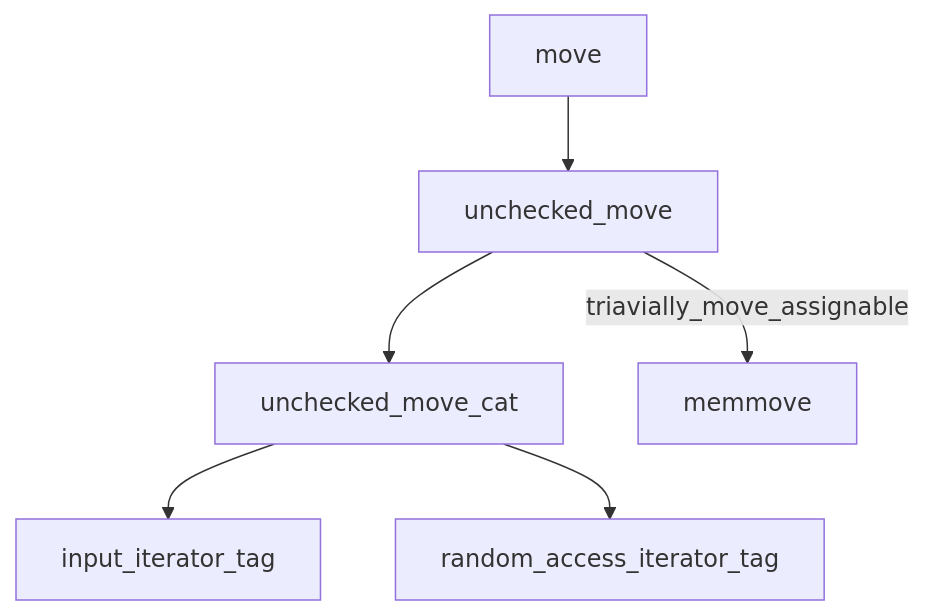
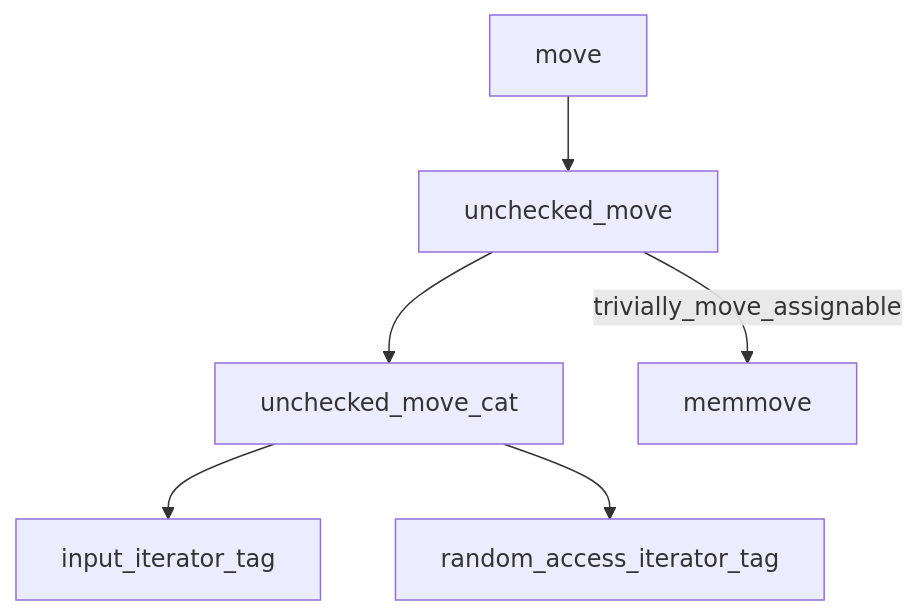
Before and after one commit to LiuYuan-SHU/tiny_stl: the seventh of 11 diagrams in README.md, drawn with Mermaid. The commit also changed other lines of this file and 1 other file, not shown here.

````diff
--- a/README.md
+++ b/README.md
@@ -169,5 +171,5 @@
 ```mermaid
 flowchart TD;
 move --> unchecked_move  --> unchecked_move_cat --> input_iterator_tag & random_access_iterator_tag
-unchecked_move --triavially_move_assignable--> memmove
+unchecked_move --trivially_move_assignable--> memmove
 ```
````
